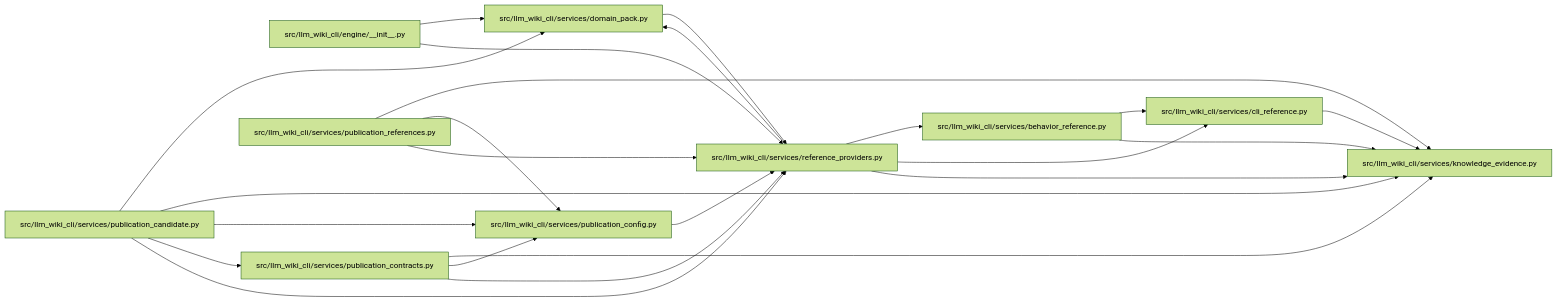
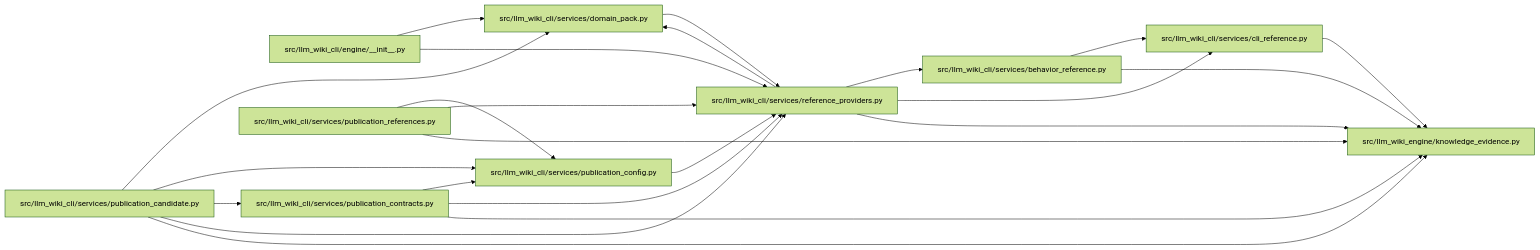
The diagram in docs/llm_wiki/modules/reference_providers.md (Denissvgn/python-wiki-llm), drawn with Mermaid (forest theme) before and after one commit. The commit also changed other lines of this file and 1103 other files, not shown here.

First line of the commit message:
docs: refresh the wiki for the llm-wiki-engine distribution

````diff
--- a/docs/llm_wiki/modules/reference_providers.md
+++ b/docs/llm_wiki/modules/reference_providers.md
@@ -49,45 +49,45 @@
 ```mermaid
 flowchart LR
     n0["src/llm_wiki_cli/engine/__init__.py"]
     n1["src/llm_wiki_cli/services/behavior_reference.py"]
     n2["src/llm_wiki_cli/services/cli_reference.py"]
     n3["src/llm_wiki_cli/services/domain_pack.py"]
-    n4["src/llm_wiki_cli/services/knowledge_evidence.py"]
-    n5["src/llm_wiki_cli/services/publication_candidate.py"]
-    n6["src/llm_wiki_cli/services/publication_config.py"]
-    n7["src/llm_wiki_cli/services/publication_contracts.py"]
-    n8["src/llm_wiki_cli/services/publication_references.py"]
-    n9["src/llm_wiki_cli/services/reference_providers.py"]
+    n4["src/llm_wiki_cli/services/publication_candidate.py"]
+    n5["src/llm_wiki_cli/services/publication_config.py"]
+    n6["src/llm_wiki_cli/services/publication_contracts.py"]
+    n7["src/llm_wiki_cli/services/publication_references.py"]
+    n8["src/llm_wiki_cli/services/reference_providers.py"]
+    n9["src/llm_wiki_engine/knowledge_evidence.py"]
     n0 --> n3
-    n0 --> n9
+    n0 --> n8
     n1 --> n2
-    n1 --> n4
-    n2 --> n4
-    n3 --> n9
-    n5 --> n3
-    n5 --> n4
-    n5 --> n6
-    n5 --> n7
-    n5 --> n9
+    n1 --> n9
+    n2 --> n9
+    n3 --> n8
+    n4 --> n3
+    n4 --> n5
+    n4 --> n6
+    n4 --> n8
+    n4 --> n9
+    n5 --> n8
+    n6 --> n5
+    n6 --> n8
     n6 --> n9
-    n7 --> n4
-    n7 --> n6
+    n7 --> n5
+    n7 --> n8
     n7 --> n9
-    n8 --> n4
-    n8 --> n6
+    n8 --> n1
+    n8 --> n2
+    n8 --> n3
     n8 --> n9
-    n9 --> n1
-    n9 --> n2
-    n9 --> n3
-    n9 --> n4
     click n0 "../modules/engine___init__.md"
     click n1 "../modules/behavior_reference.md"
     click n2 "../modules/cli_reference.md"
     click n3 "../modules/domain_pack.md"
-    click n4 "../modules/knowledge_evidence.md"
-    click n5 "../modules/publication_candidate.md"
-    click n6 "../modules/publication_config.md"
-    click n7 "../modules/publication_contracts.md"
-    click n8 "../modules/publication_references.md"
-    click n9 "../modules/reference_providers.md"
+    click n4 "../modules/publication_candidate.md"
+    click n5 "../modules/publication_config.md"
+    click n6 "../modules/publication_contracts.md"
+    click n7 "../modules/publication_references.md"
+    click n8 "../modules/reference_providers.md"
+    click n9 "../modules/knowledge_evidence.md"
 ```
````
